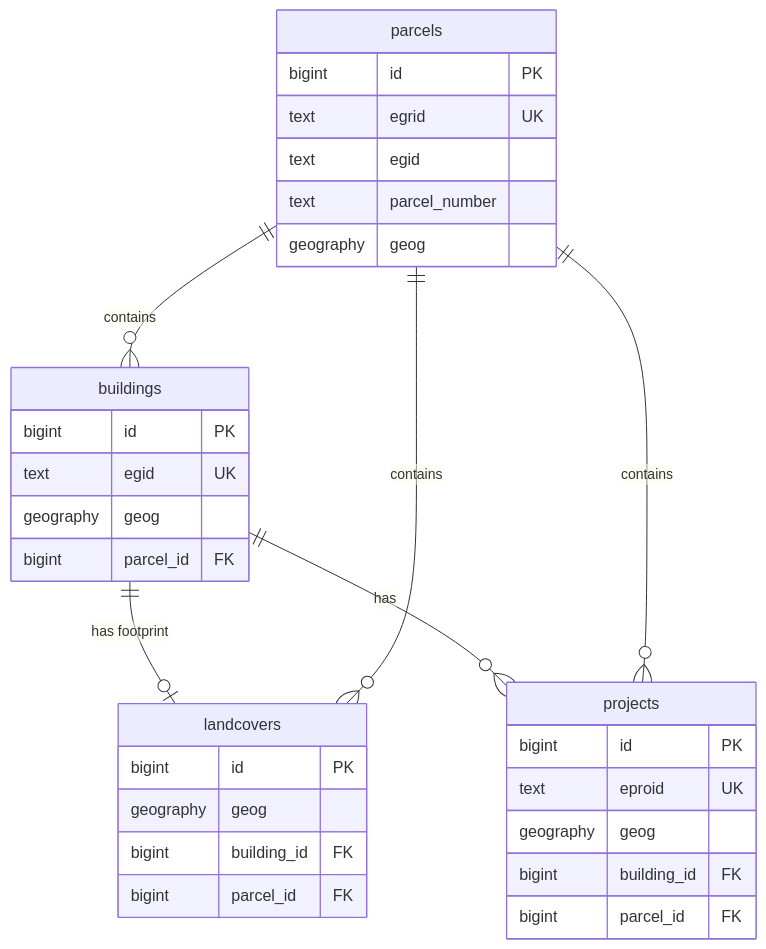
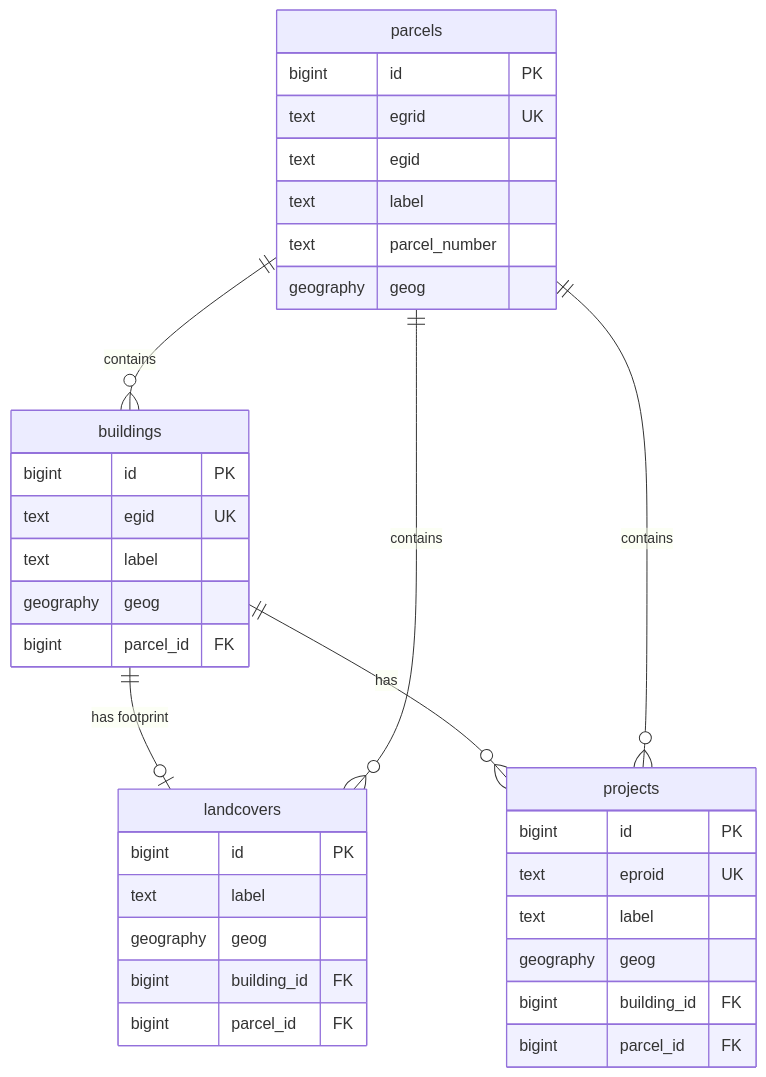
One commit to davras5/OpenBuildings changed the diagram in documentation/DATAMODEL.md. Above: the diagram before and after it, drawn with Mermaid. The commit also changed other lines of this file, not shown here.

Commit message:
Add label field to all entities for frontend display
Added text label field to buildings, parcels, landcovers, and projects
tables in both the ER diagram and System sections.

````diff
--- a/documentation/DATAMODEL.md
+++ b/documentation/DATAMODEL.md
@@ -21,38 +21,42 @@
 ```mermaid
 erDiagram
     parcels ||--o{ buildings : "contains"
     buildings ||--o| landcovers : "has footprint"
     parcels ||--o{ landcovers : "contains"
     buildings ||--o{ projects : "has"
     parcels ||--o{ projects : "contains"
 
     buildings {
         bigint id PK
         text egid UK
+        text label
         geography geog
         bigint parcel_id FK
     }
 
     parcels {
         bigint id PK
         text egrid UK
         text egid
+        text label
         text parcel_number
         geography geog
     }
 
     landcovers {
         bigint id PK
+        text label
         geography geog
         bigint building_id FK
         bigint parcel_id FK
     }
 
     projects {
         bigint id PK
         text eproid UK
+        text label
         geography geog
         bigint building_id FK
         bigint parcel_id FK
     }
 ```
````
